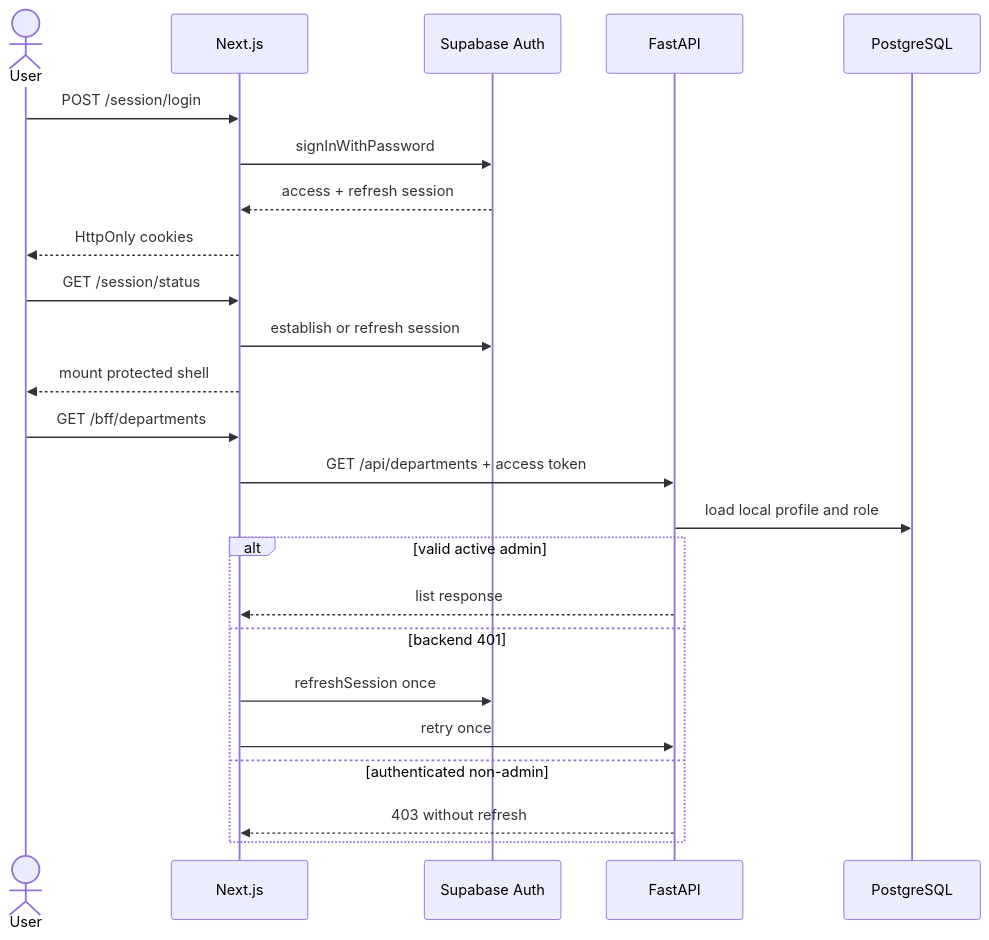
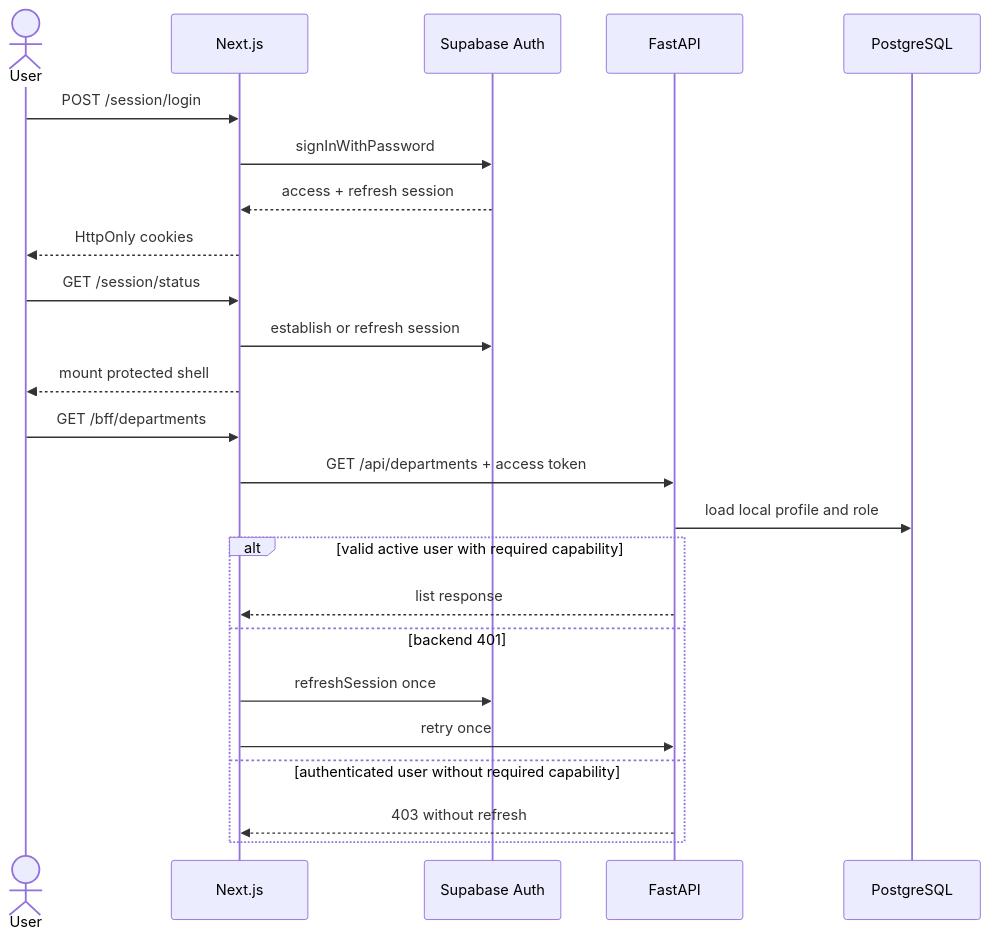
Before and after one commit to jayeuse/openslate: the second of 4 diagrams in docs/architecture/13-runtime-flows.md, drawn with Mermaid. The commit also changed other lines of this file and 50 other files, not shown here.

````diff
--- a/docs/architecture/13-runtime-flows.md
+++ b/docs/architecture/13-runtime-flows.md
@@ -42,26 +44,26 @@
 ```mermaid
 sequenceDiagram
     actor User
     participant Web as Next.js
     participant Auth as Supabase Auth
     participant API as FastAPI
     participant DB as PostgreSQL
     User->>Web: POST /session/login
     Web->>Auth: signInWithPassword
     Auth-->>Web: access + refresh session
     Web-->>User: HttpOnly cookies
     User->>Web: GET /session/status
     Web->>Auth: establish or refresh session
     Web-->>User: mount protected shell
     User->>Web: GET /bff/departments
     Web->>API: GET /api/departments + access token
     API->>DB: load local profile and role
-    alt valid active admin
+    alt valid active user with required capability
         API-->>Web: list response
     else backend 401
         Web->>Auth: refreshSession once
         Web->>API: retry once
-    else authenticated non-admin
+    else authenticated user without required capability
         API-->>Web: 403 without refresh
     end
 ```
````
